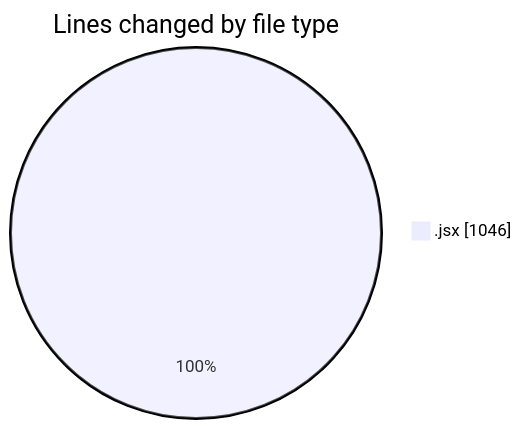
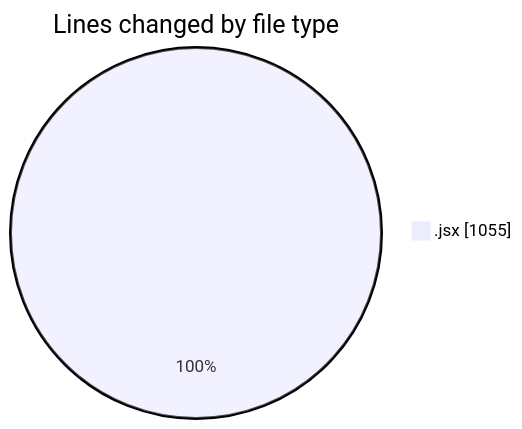
The first of 2 diagrams in 2026-01-16/nxtqube_webapp/README.md (nxtqubesakshisongat/code-tracking), drawn with Mermaid before and after one commit. The commit also changed other lines of this file and 1 other file, not shown here.

````diff
--- a/2026-01-16/nxtqube_webapp/README.md
+++ b/2026-01-16/nxtqube_webapp/README.md
@@ -22,5 +22,5 @@
 ```mermaid
 pie showData
 title Lines changed by file type
-".jsx" : 1046
+".jsx" : 1055
 ```
````
